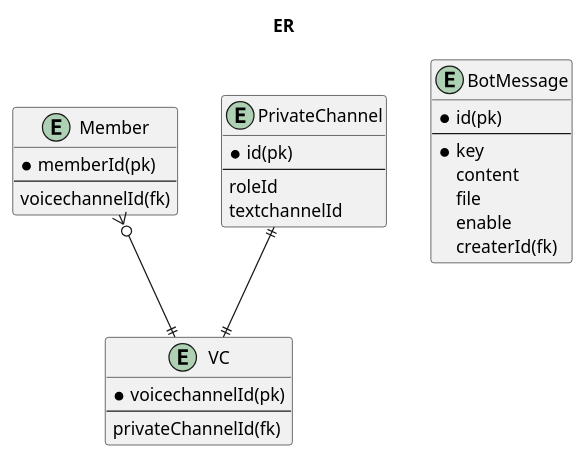
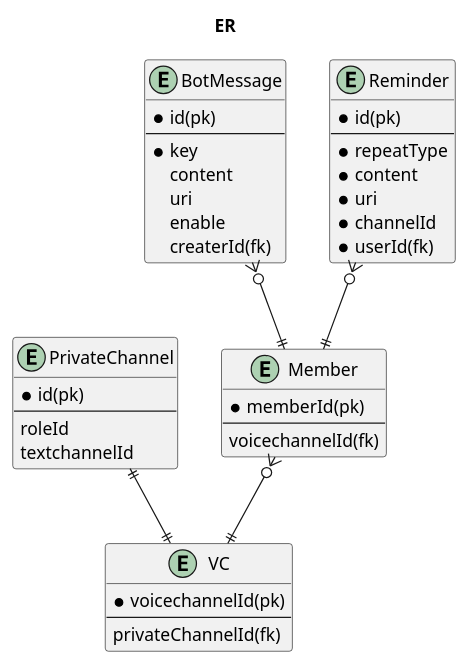
One commit to aktnb/discordbot-ts-2 changed the diagram in plantuml/db.pu. Above: the diagram before and after it, drawn with PlantUML. The commit also changed 4 other files, not shown here.

```diff
--- a/plantuml/db.pu
+++ b/plantuml/db.pu
@@ -1,30 +1,41 @@
 @startuml erd
 title ER
 entity Member {
   * memberId(pk)
   --
   voicechannelId(fk)
 }
 entity VC {
   * voicechannelId(pk)
   --
   privateChannelId(fk)
 }
 entity PrivateChannel {
   * id(pk)
   --
   roleId
   textchannelId
 }
 entity BotMessage {
   * id(pk)
   --
   * key
   content
-  file
+  uri
   enable
   createrId(fk)
 }
+entity Reminder {
+  * id(pk)
+  --
+  * repeatType
+  * content
+  * uri
+  * channelId
+  * userId(fk)
+}
 PrivateChannel ||--|| VC
+BotMessage }o--|| Member
 Member }o--|| VC
+Reminder }o--|| Member
 @enduml
```
